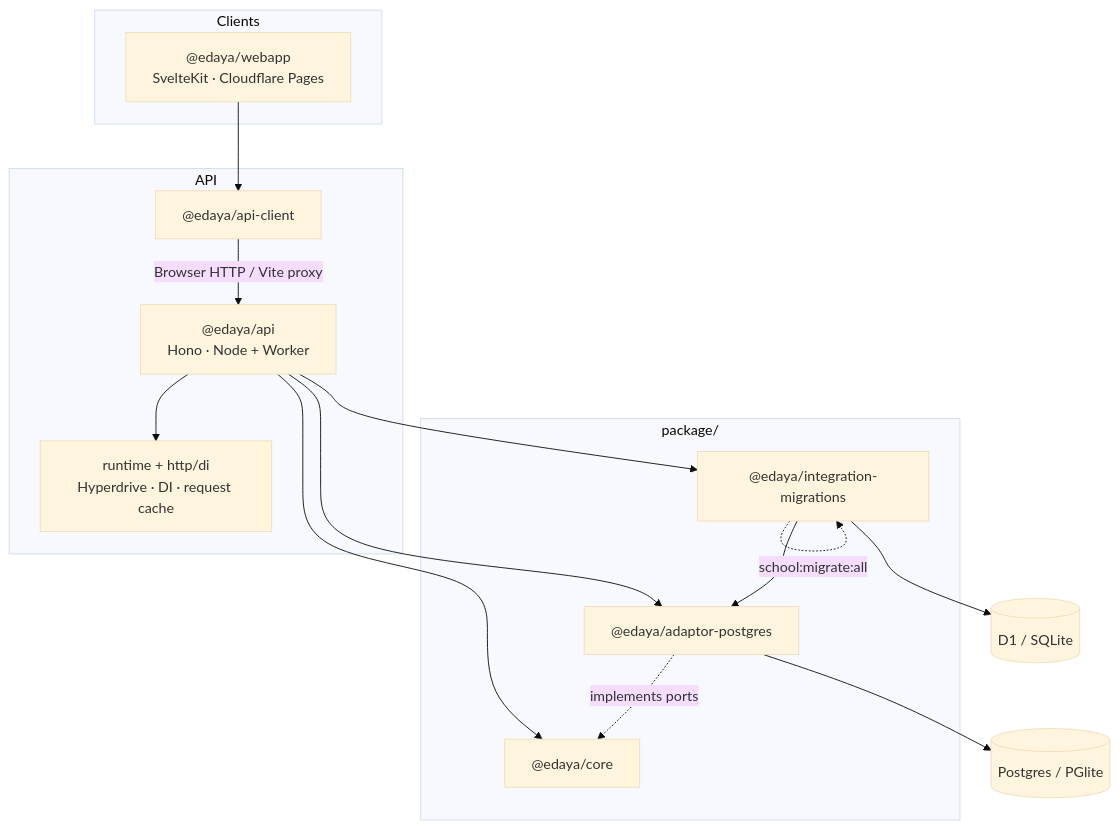
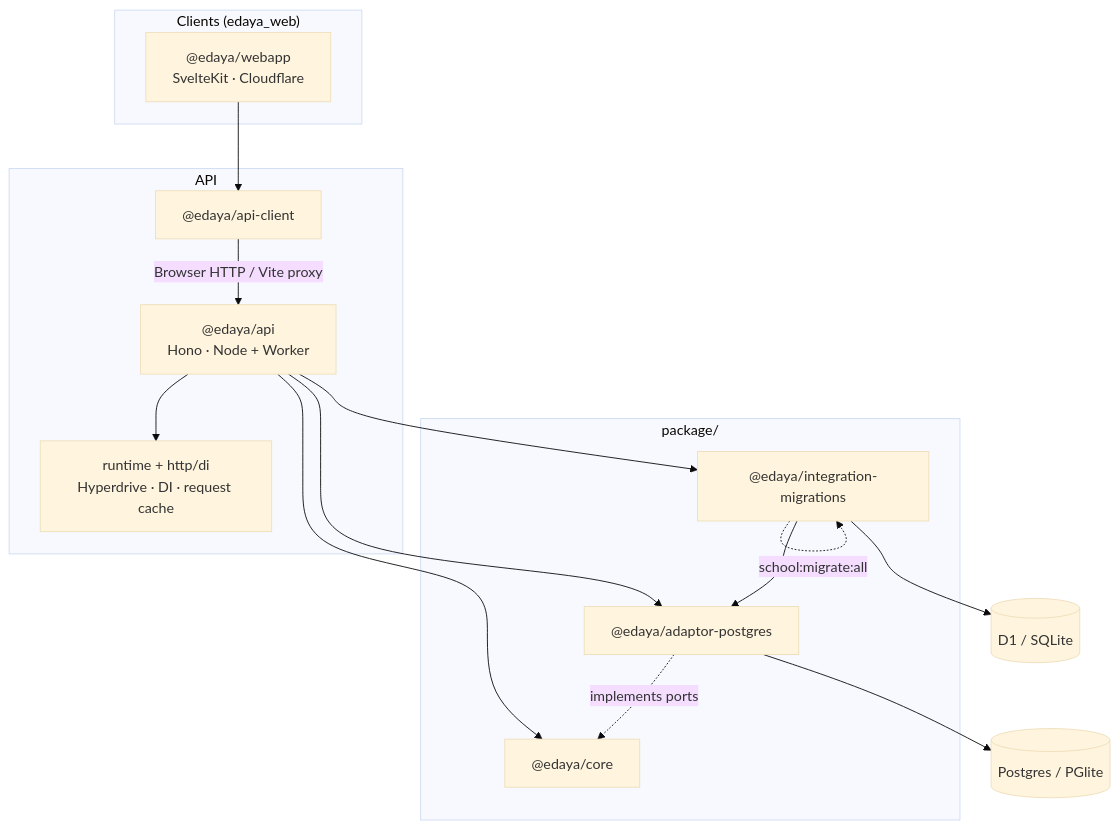
The diagram in README.md (Maya-Invest/edaya_backend), drawn with Mermaid (base theme) before and after one commit. The commit also changed other lines of this file and 480 other files, not shown here.

````diff
--- a/README.md
+++ b/README.md
@@ -34,30 +35,30 @@
 ```mermaid
 flowchart TB
-  subgraph clients["Clients"]
-    Webapp["@edaya/webapp<br/>SvelteKit · Cloudflare Pages"]
+  subgraph clients["Clients (edaya_web)"]
+    Webapp["@edaya/webapp<br/>SvelteKit · Cloudflare"]
   end
 
   subgraph api_layer["API"]
     API["@edaya/api<br/>Hono · Node + Worker"]
     Client["@edaya/api-client"]
     WorkerHost["runtime + http/di<br/>Hyperdrive · DI · request cache"]
   end
 
   subgraph package["package/"]
     Core["@edaya/core"]
     PG["@edaya/adaptor-postgres"]
     Migrations["@edaya/integration-migrations"]
   end
 
   Webapp --> Client
   Client -->|Browser HTTP / Vite proxy| API
   API --> WorkerHost
   API --> Core
   API --> PG
   API --> Migrations
   PG -.->|implements ports| Core
   Migrations --> PG
   Migrations -.->|school:migrate:all| Migrations
   PG --> SchoolDB[(Postgres / PGlite)]
   Migrations --> AuthDB[(D1 / SQLite)]
 ```
````
